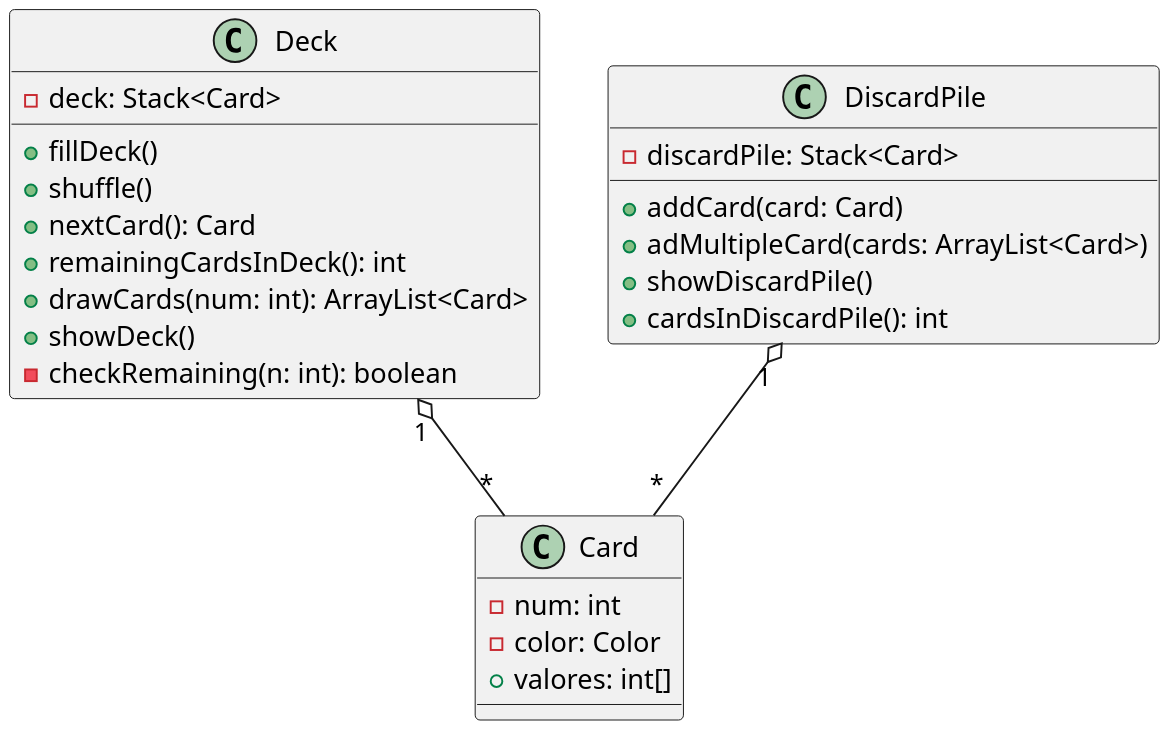
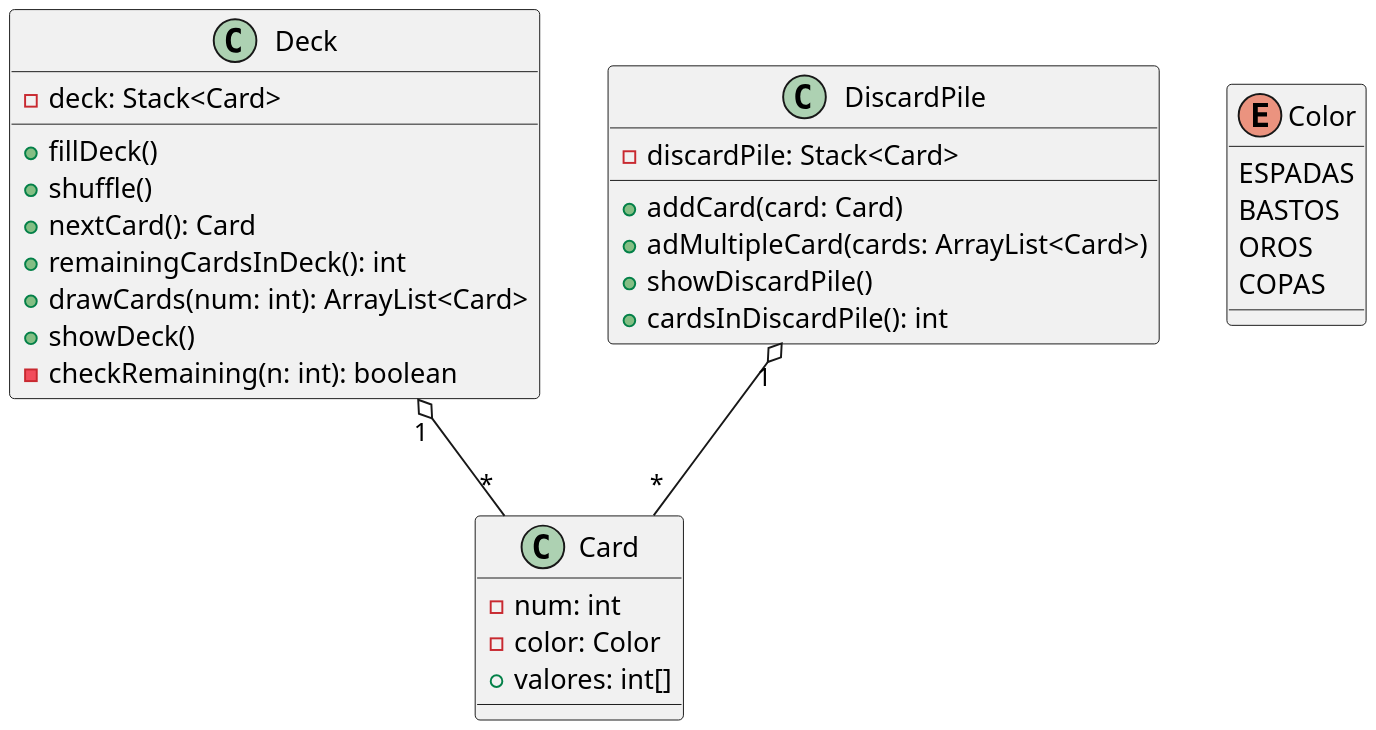
Before and after one commit to SantiMoline/RelacionesEntreClasesUML: the diagram in UML/source/Ej3.puml, drawn with PlantUML. The commit also changed 1 other file, not shown here.

Commit message:
Added Enum to UML Diagram Exercise 3.

```diff
--- a/UML/source/Ej3.puml
+++ b/UML/source/Ej3.puml
@@ -1,35 +1,41 @@
 @startuml Ej3
 scale 2
 
 Class Card {
     -num: int
     -color: Color
     +valores: int[]
 
 }
 
 Class Deck {
     -deck: Stack<Card>
 
     +fillDeck() 
     +shuffle()
     +nextCard(): Card
     +remainingCardsInDeck(): int
     +drawCards(num: int): ArrayList<Card>
     +showDeck()
     -checkRemaining(n: int): boolean
 }
 
 Class DiscardPile {
     -discardPile: Stack<Card>
 
     +addCard(card: Card)
     +adMultipleCard(cards: ArrayList<Card>)
     +showDiscardPile()
     +cardsInDiscardPile(): int
+}
 
+enum Color {
+    ESPADAS
+    BASTOS
+    OROS
+    COPAS
 }
 
 Deck "1" o-- "*" Card
 DiscardPile "1" o-- "*" Card
 @enduml
```
